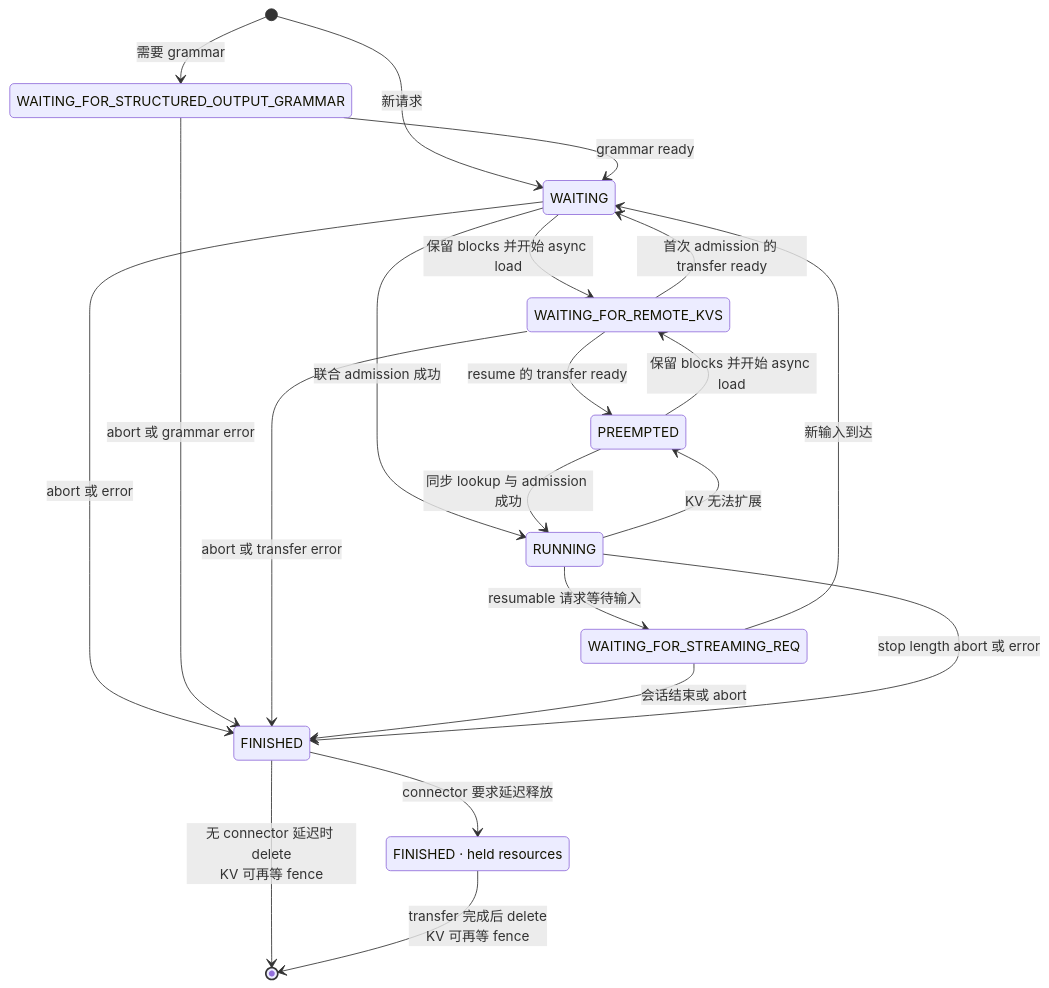
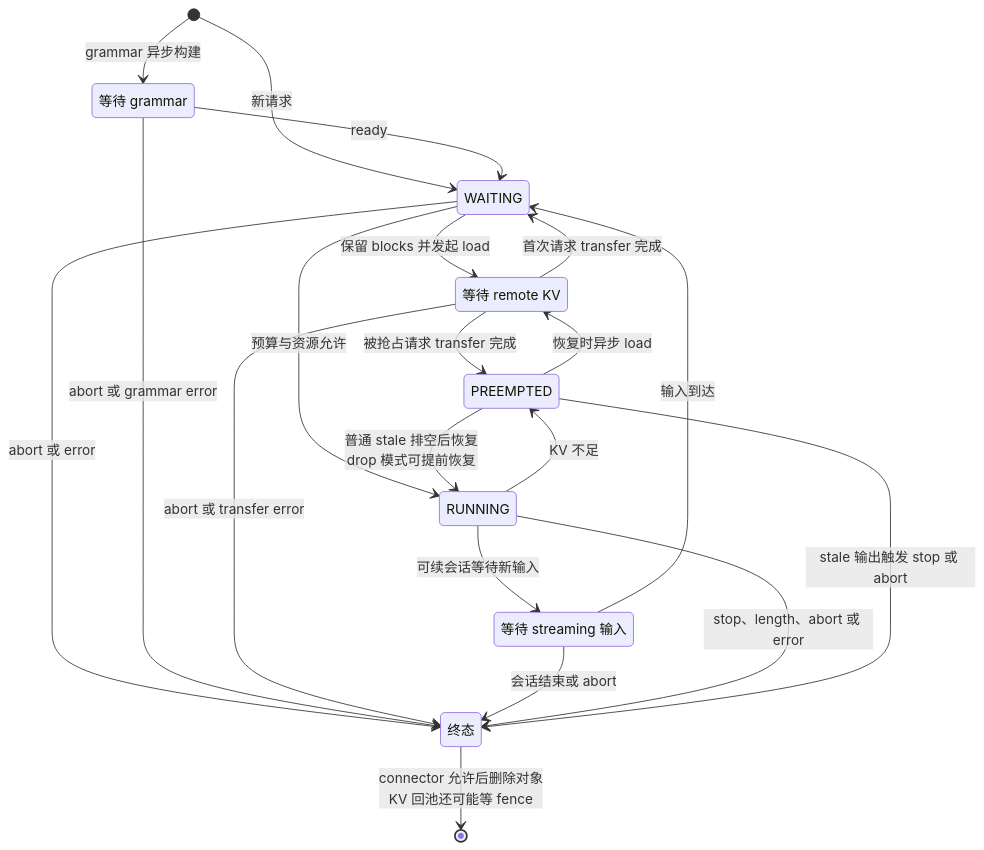
Before and after one commit to suhaibo666/llm-knowledge: the second of 5 diagrams in wiki/02_engineering/03_infer_frameworks/vllm/11_vllm_scheduler_analysis.md, drawn with Mermaid. The commit also changed other lines of this file and 49 other files, not shown here.

````diff
--- a/wiki/02_engineering/03_infer_frameworks/vllm/11_vllm_scheduler_analysis.md
+++ b/wiki/02_engineering/03_infer_frameworks/vllm/11_vllm_scheduler_analysis.md
@@ -37,32 +56,29 @@
 ```mermaid
 stateDiagram-v2
-    [*] --> W: 新请求
-    [*] --> WG: 需要 grammar
     state "WAITING" as W
-    state "WAITING_FOR_STRUCTURED_OUTPUT_GRAMMAR" as WG
-    state "WAITING_FOR_REMOTE_KVS" as WK
-    state "WAITING_FOR_STREAMING_REQ" as WS
+    state "等待 grammar" as G
+    state "等待 remote KV" as K
+    state "等待 streaming 输入" as S
     state "RUNNING" as R
     state "PREEMPTED" as P
-    state "FINISHED" as F
-
-    WG --> W: grammar ready
-    W --> WK: 保留 blocks 并开始 async load
-    WK --> W: 首次 admission 的 transfer ready
-    WK --> P: resume 的 transfer ready
-    WS --> W: 新输入到达
-    W --> R: 联合 admission 成功
-    R --> P: KV 无法扩展
-    P --> WK: 保留 blocks 并开始 async load
-    P --> R: 同步 lookup 与 admission 成功
-    R --> WS: resumable 请求等待输入
+    state "终态" as F
+    [*] --> W: 新请求
+    [*] --> G: grammar 异步构建
+    G --> W: ready
+    W --> K: 保留 blocks 并发起 load
+    P --> K: 恢复时异步 load
+    K --> W: 首次请求 transfer 完成
+    K --> P: 被抢占请求 transfer 完成
+    W --> R: 预算与资源允许
+    P --> R: 普通 stale 排空后恢复<br/>drop 模式可提前恢复
+    R --> P: KV 不足
+    R --> S: 可续会话等待新输入
+    S --> W: 输入到达
     W --> F: abort 或 error
-    WG --> F: abort 或 grammar error
-    WK --> F: abort 或 transfer error
-    WS --> F: 会话结束或 abort
-    R --> F: stop length abort 或 error
-    state "FINISHED · held resources" as FH
-    F --> [*]: 无 connector 延迟时 delete<br/>KV 可再等 fence
-    F --> FH: connector 要求延迟释放
-    FH --> [*]: transfer 完成后 delete<br/>KV 可再等 fence
+    G --> F: abort 或 grammar error
+    K --> F: abort 或 transfer error
+    S --> F: 会话结束或 abort
+    R --> F: stop、length、abort 或 error
+    P --> F: stale 输出触发 stop 或 abort
+    F --> [*]: connector 允许后删除对象<br/>KV 回池还可能等 fence
 ```
````
